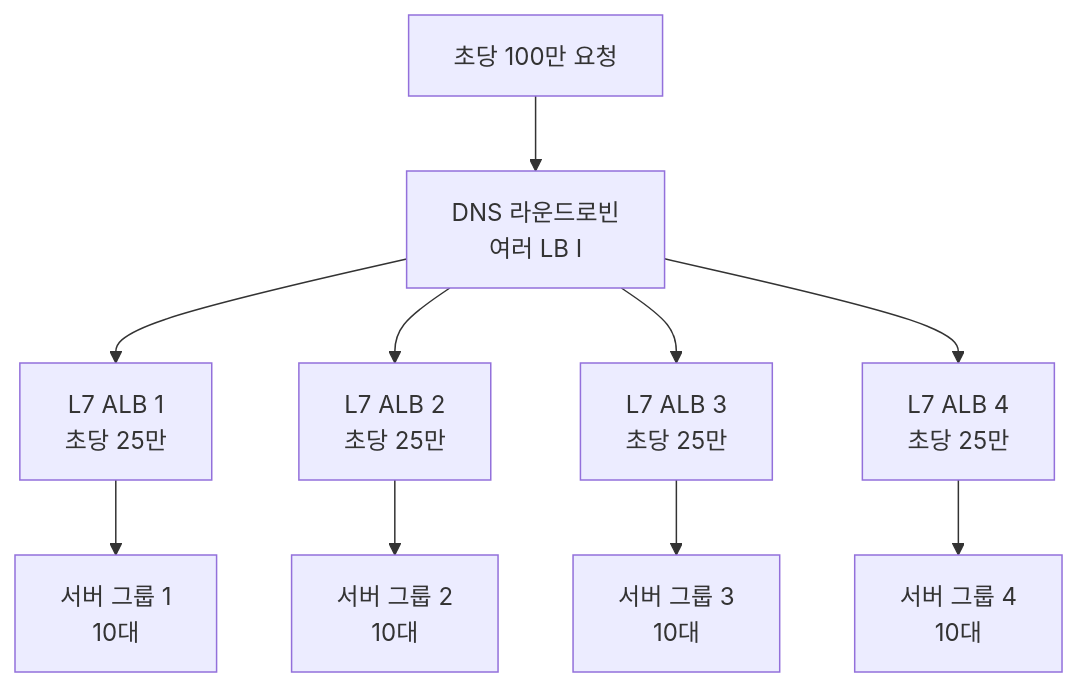
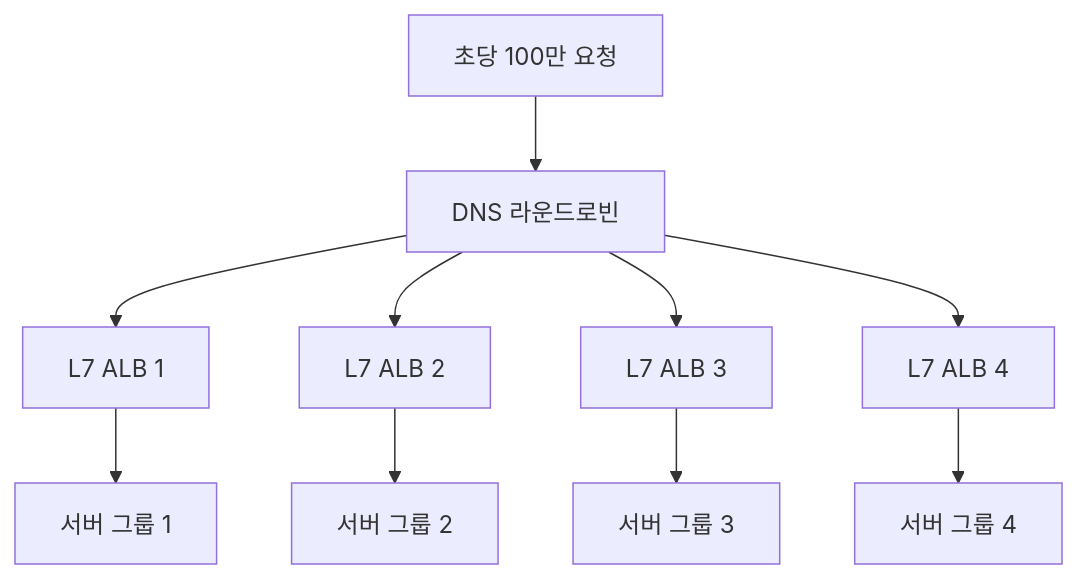
One commit to yjkim2015/yjkim2015.github.io changed the seventh of 8 diagrams in _posts/network/2026-05-01-load-balancer.md. Above: the diagram before and after it, drawn with Mermaid. The commit also changed other lines of this file and 217 other files, not shown here.

First line of the commit message:
Mermaid 크기 수정: useMaxWidth:true + SVG max-width:100% + 라벨 축소

````diff
--- a/_posts/network/2026-05-01-load-balancer.md
+++ b/_posts/network/2026-05-01-load-balancer.md
@@ -707,12 +707,12 @@
 ```mermaid
 graph TD
-    Traffic["초당 100만 요청"] --> DNS_LB["DNS 라운드로빈\n여러 LB I"]
-    DNS_LB --> LB1["L7 ALB 1\n초당 25만"]
-    DNS_LB --> LB2["L7 ALB 2\n초당 25만"]
-    DNS_LB --> LB3["L7 ALB 3\n초당 25만"]
-    DNS_LB --> LB4["L7 ALB 4\n초당 25만"]
-    LB1 --> S1_Group["서버 그룹 1\n10대"]
-    LB2 --> S2_Group["서버 그룹 2\n10대"]
-    LB3 --> S3_Group["서버 그룹 3\n10대"]
-    LB4 --> S4_Group["서버 그룹 4\n10대"]
+    Traffic["초당 100만 요청"] --> DNS_LB["DNS 라운드로빈"]
+    DNS_LB --> LB1["L7 ALB 1"]
+    DNS_LB --> LB2["L7 ALB 2"]
+    DNS_LB --> LB3["L7 ALB 3"]
+    DNS_LB --> LB4["L7 ALB 4"]
+    LB1 --> S1_Group["서버 그룹 1"]
+    LB2 --> S2_Group["서버 그룹 2"]
+    LB3 --> S3_Group["서버 그룹 3"]
+    LB4 --> S4_Group["서버 그룹 4"]
 ```
````
